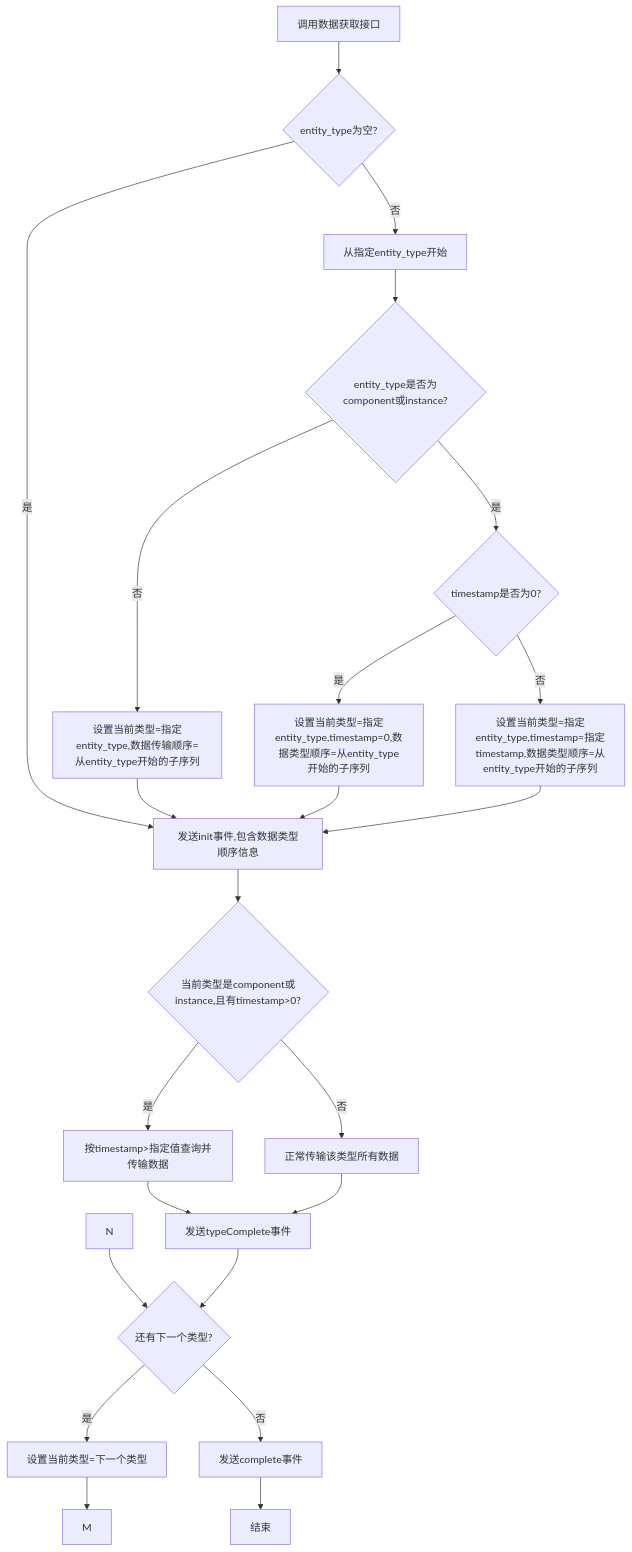
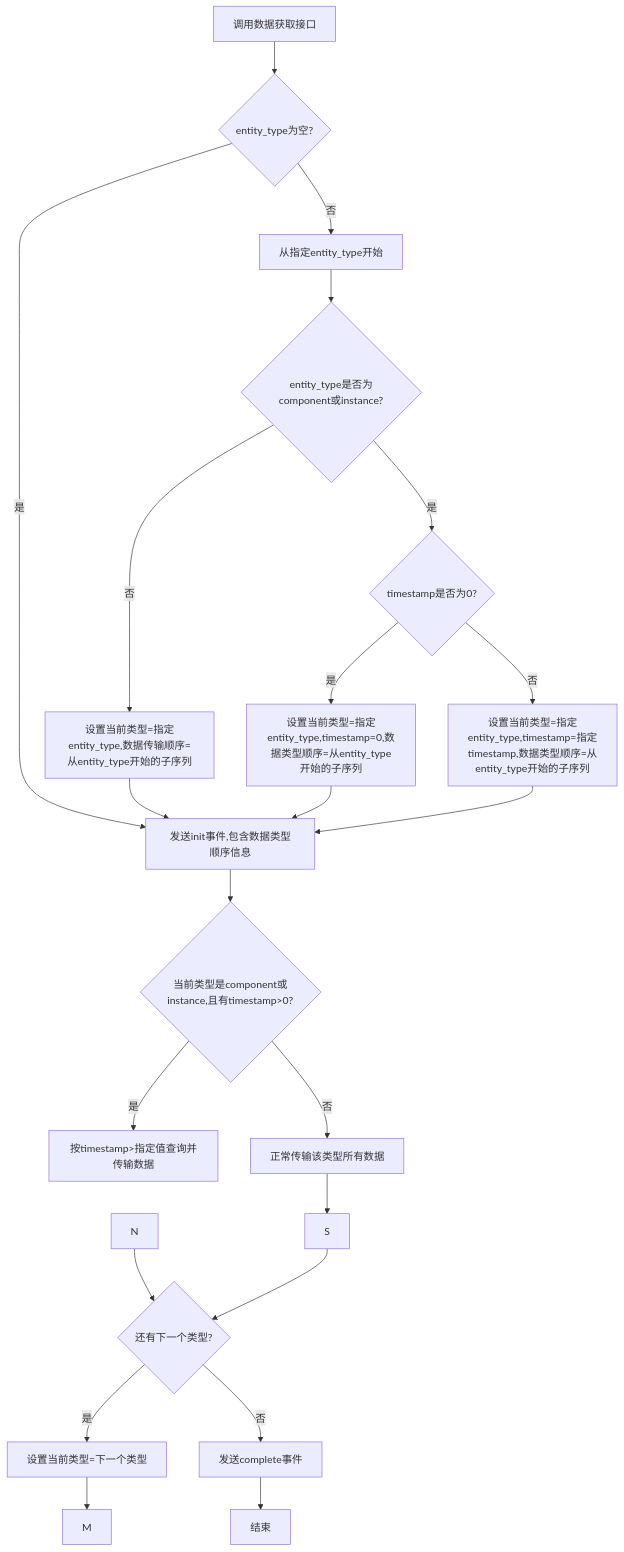
One commit to yingjianzh/iodraw-files changed the diagram in all/未命名-59.md. Above: the diagram before and after it, drawn with Mermaid.

Commit message:
2025-05-14 15:42:59 update

````diff
--- a/all/未命名-59.md
+++ b/all/未命名-59.md
@@ -1,35 +1,35 @@
 ```mermaid
 flowchart TD
     A[调用数据获取接口] --> B{entity_type为空?}
 
     B -->|是| K[发送init事件,包含数据类型顺序信息]
     B -->|否| D[从指定entity_type开始]
     
     D --> F{entity_type是否为component或instance?}
     
     F -->|否| G[设置当前类型=指定entity_type,数据传输顺序=从entity_type开始的子序列]
     F -->|是| H{timestamp是否为0?}
     
     H -->|是| I[设置当前类型=指定entity_type,timestamp=0,数据类型顺序=从entity_type开始的子序列]
     H -->|否| J[设置当前类型=指定entity_type,timestamp=指定timestamp,数据类型顺序=从entity_type开始的子序列]
     
     G --> K
     I --> K
     J --> K
     
    
     K --> P{当前类型是component或instance,且有timestamp>0?}
     P -->|是| Q[按timestamp>指定值查询并传输数据]
     P -->|否| R[正常传输该类型所有数据]
     
-    Q --> S[发送typeComplete事件]
+    
     R --> S
     N --> T{还有下一个类型?}
     S --> T
     
     T -->|是| U[设置当前类型=下一个类型]
     T -->|否| V[发送complete事件]
     
     U --> M
     V --> W[结束]
 ```
````
